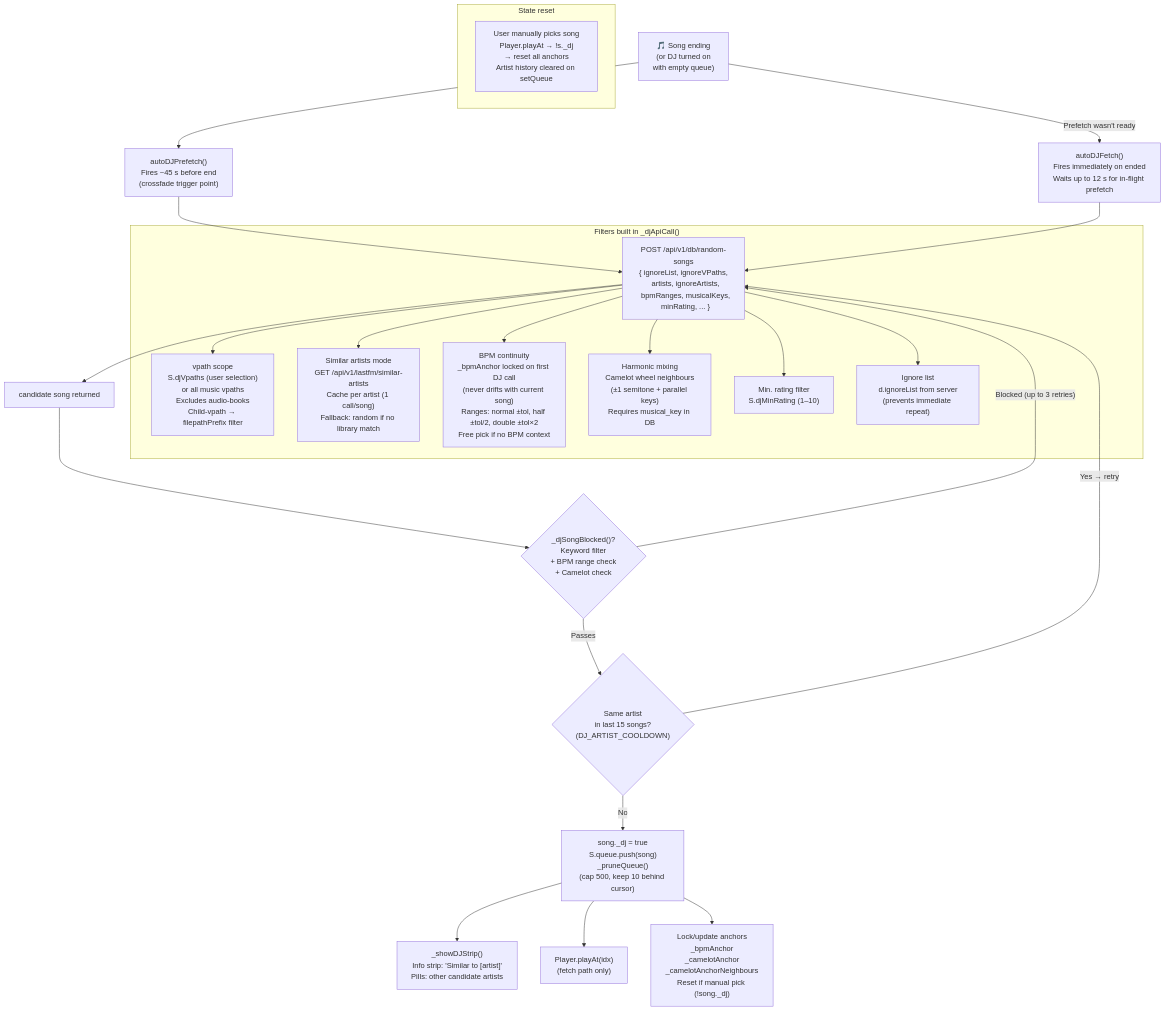
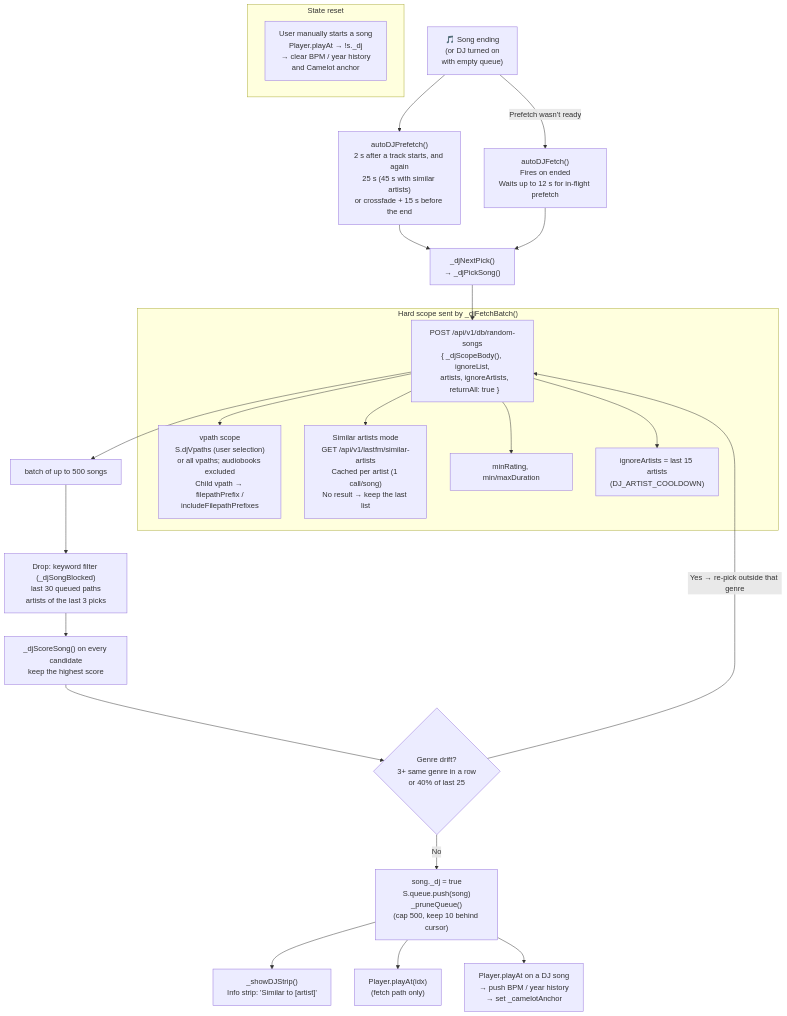
One commit to aroundmyroom/Velvet changed the fourth of 7 diagrams in docs/architecture.md. Above: the diagram before and after it, drawn with Mermaid. The commit also changed other lines of this file and 436 other files, not shown here.

````diff
--- a/docs/architecture.md
+++ b/docs/architecture.md
@@ -208,41 +259,39 @@
 ```mermaid
 flowchart TD
     SONGEND["🎵 Song ending\n(or DJ turned on\nwith empty queue)"]
 
-    SONGEND --> PREFETCH["autoDJPrefetch()\nFires ~45 s before end\n(crossfade trigger point)"]
-    SONGEND -->|"Prefetch wasn't ready"| FETCH["autoDJFetch()\nFires immediately on ended\nWaits up to 12 s for in-flight prefetch"]
+    SONGEND --> PREFETCH["autoDJPrefetch()\n2 s after a track starts, and again\n25 s (45 s with similar artists)\nor crossfade + 15 s before the end"]
+    SONGEND -->|"Prefetch wasn't ready"| FETCH["autoDJFetch()\nFires on ended\nWaits up to 12 s for in-flight prefetch"]
 
-    PREFETCH --> DJAPI
-    FETCH --> DJAPI
+    PREFETCH --> PICK
+    FETCH --> PICK
 
-    subgraph "Filters built in _djApiCall()"
-        DJAPI["POST /api/v1/db/random-songs\n{ ignoreList, ignoreVPaths,\n  artists, ignoreArtists,\n  bpmRanges, musicalKeys,\n  minRating, ... }"]
+    PICK["_djNextPick()\n→ _djPickSong()"] --> DJAPI
 
-        VPATHS["vpath scope\nS.djVpaths (user selection)\nor all music vpaths\nExcludes audio-books\nChild-vpath → filepathPrefix filter"]
-        SIMILAR["Similar artists mode\nGET /api/v1/lastfm/similar-artists\nCache per artist (1 call/song)\nFallback: random if no library match"]
-        BPM["BPM continuity\n_bpmAnchor locked on first DJ call\n(never drifts with current song)\nRanges: normal ±tol, half ±tol/2, double ±tol×2\nFree pick if no BPM context"]
-        HARMONIC["Harmonic mixing\nCamelot wheel neighbours\n(±1 semitone + parallel keys)\nRequires musical_key in DB"]
-        MINRATING["Min. rating filter\nS.djMinRating (1–10)"]
-        IGNORELIST["Ignore list\nd.ignoreList from server\n(prevents immediate repeat)"]
+    subgraph "Hard scope sent by _djFetchBatch()"
+        DJAPI["POST /api/v1/db/random-songs\n{ _djScopeBody(), ignoreList,\n  artists, ignoreArtists,\n  returnAll: true }"]
+
+        VPATHS["vpath scope\nS.djVpaths (user selection)\nor all vpaths; audiobooks excluded\nChild vpath → filepathPrefix /\nincludeFilepathPrefixes"]
+        SIMILAR["Similar artists mode\nGET /api/v1/lastfm/similar-artists\nCached per artist (1 call/song)\nNo result → keep the last list"]
+        RATING["minRating, min/maxDuration"]
+        COOL["ignoreArtists = last 15 artists\n(DJ_ARTIST_COOLDOWN)"]
     end
 
-    DJAPI --> VPATHS & SIMILAR & BPM & HARMONIC & MINRATING & IGNORELIST
+    DJAPI --> VPATHS & SIMILAR & RATING & COOL
 
-    DJAPI --> CANDIDATE["candidate song returned"]
+    DJAPI --> BATCH["batch of up to 500 songs"]
 
-    CANDIDATE --> BLOCK{"_djSongBlocked()?\nKeyword filter\n+ BPM range check\n+ Camelot check"}
+    BATCH --> FILTER["Drop: keyword filter (_djSongBlocked)\nlast 30 queued paths\nartists of the last 3 picks"]
+    FILTER --> SCORE["_djScoreSong() on every candidate\nkeep the highest score"]
+    SCORE --> ESCAPE{"Genre drift?\n3+ same genre in a row\nor 40% of last 25"}
+    ESCAPE -->|"Yes → re-pick outside that genre"| DJAPI
+    ESCAPE -->|"No"| PUSH["song._dj = true\nS.queue.push(song)\n_pruneQueue()\n(cap 500, keep 10 behind cursor)"]
 
-    BLOCK -->|"Blocked (up to 3 retries)"| DJAPI
-    BLOCK -->|"Passes"| ARTISTCOOL{"Same artist\nin last 15 songs?\n(DJ_ARTIST_COOLDOWN)"}
-
-    ARTISTCOOL -->|"Yes → retry"| DJAPI
-    ARTISTCOOL -->|"No"| PUSH["song._dj = true\nS.queue.push(song)\n_pruneQueue()\n(cap 500, keep 10 behind cursor)"]
-
-    PUSH --> STRIP["_showDJStrip()\nInfo strip: 'Similar to [artist]'\nPills: other candidate artists"]
+    PUSH --> STRIP["_showDJStrip()\nInfo strip: 'Similar to [artist]'"]
     PUSH --> PLAY2["Player.playAt(idx)\n(fetch path only)"]
-    PUSH --> ANCHOR["Lock/update anchors\n_bpmAnchor\n_camelotAnchor\n_camelotAnchorNeighbours\nReset if manual pick (!song._dj)"]
+    PUSH --> ANCHOR["Player.playAt on a DJ song\n→ push BPM / year history\n→ set _camelotAnchor"]
 
     subgraph "State reset"
-        MANPICK["User manually picks song\nPlayer.playAt → !s._dj\n→ reset all anchors\nArtist history cleared on setQueue"]
+        MANPICK["User manually starts a song\nPlayer.playAt → !s._dj\n→ clear BPM / year history\nand Camelot anchor"]
     end
 ```
````
